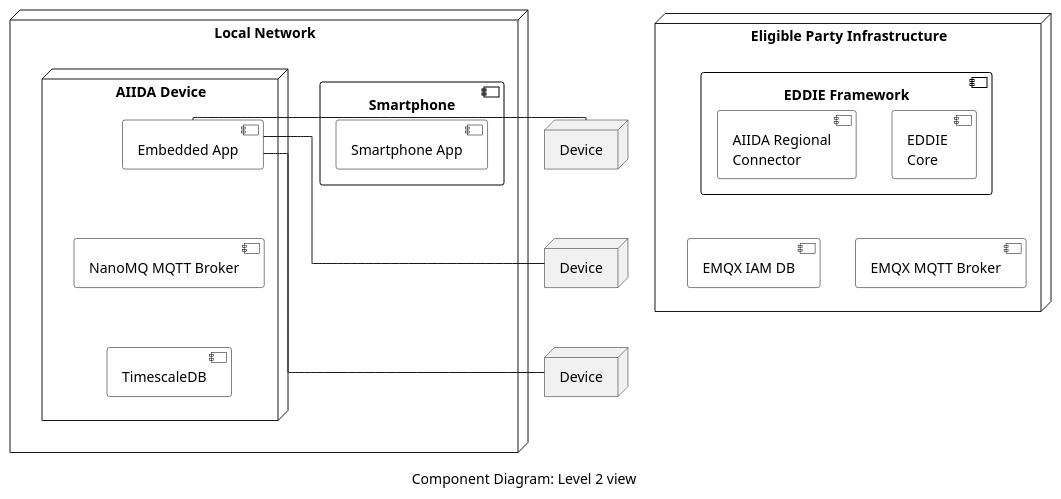
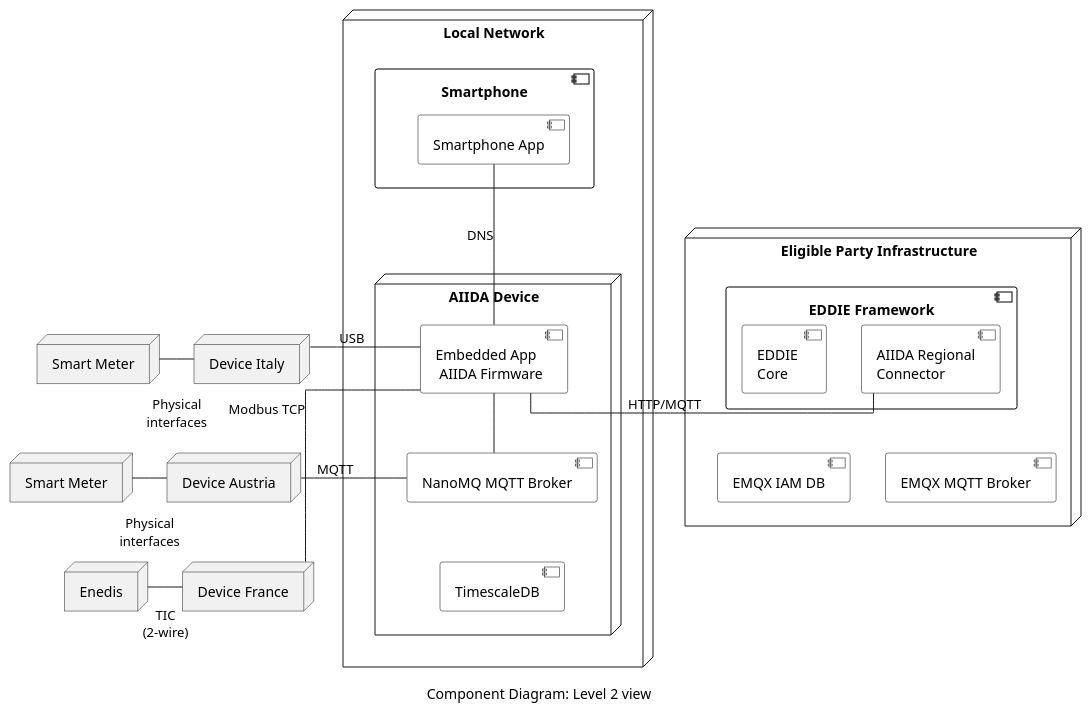
Before and after one commit to eddie-energy/architecture: the diagram in arc42/aiida/deployment-view/figures/aiida_deployment_view.puml, drawn with PlantUML. The commit also changed 2 other files, not shown here.

```diff
--- a/arc42/aiida/deployment-view/figures/aiida_deployment_view.puml
+++ b/arc42/aiida/deployment-view/figures/aiida_deployment_view.puml
@@ -1,76 +1,88 @@
 @startuml aiida_deployment_view
 'component diagram
 caption Component Diagram: Level 2 view
 
 skinparam linetype ortho
 skinparam interface {
   backgroundColor transparent
   borderColor black
 }
 skinparam component{
   BorderColor black
   BackgroundColor transparent
 }
 skinparam actor{
   BorderColor black
   BackgroundColor transparent
 }
 skinparam database{
   BorderColor black
   BackgroundColor transparent
 }
 skinparam collections{
   BorderColor black
   BackgroundColor white
 }
 skinparam rectangle{
   ' BorderColor transparent
   BackgroundColor transparent
   FontColor transparent
 }
 
 
 node "Eligible Party Infrastructure"  as epInfra{
   component "EDDIE Framework" {
 
     component "EDDIE \nCore" as eddie
     component "AIIDA Regional\nConnector" as regcon
   }
   component "EMQX IAM DB" as emqxiam
   component "EMQX MQTT Broker" as broker
 
   eddie -[hidden]down- emqxiam
   eddie -[hidden]down- broker
 }
 node "Local Network" {
   component "Smartphone" as smartphone{
     component "Smartphone App" as app
 
   }
   node "AIIDA Device" as aiida {
-    component "Embedded App" as embapp
+    component "Embedded App\n AIIDA Firmware" as embapp
     component "NanoMQ MQTT Broker" as nano
     component "TimescaleDB" as db
   }
   embapp -[hidden]down- nano
   nano -[hidden]down- db
+  aiida -[hidden]up- smartphone
+  embapp -up- app:DNS
  
 }
 
-node "Device" as device1
-node "Device" as device2
-node "Device" as device3
+node "Device Italy" as device1
+node "Device Austria" as device2
+node "Device France" as device3
 
+node "Smart Meter" as smartmeter1
+node "Enedis" as enedis
+node "Smart Meter" as smartmeter2
 
-embapp -right- device1
-embapp -right- device2
-embapp -right- device3
+device1 -left- smartmeter1:\n\nPhysical\ninterfaces
+device2 -left- smartmeter2:\n\nPhysical\ninterfaces
+device3 -left- enedis:\nTIC\n(2-wire)
+
+regcon -left- embapp:HTTP/MQTT
+embapp -[hidden]right- device2
+embapp -right- device1:USB
+embapp -right- device3:Modbus TCP
+nano -right- device2:MQTT
+nano -up-embapp
 device1 -[hidden]down- device2
 device2 -[hidden]down- device3
 epInfra -[hidden]right- aiida
 
 
 
  
 
 @enduml
```
